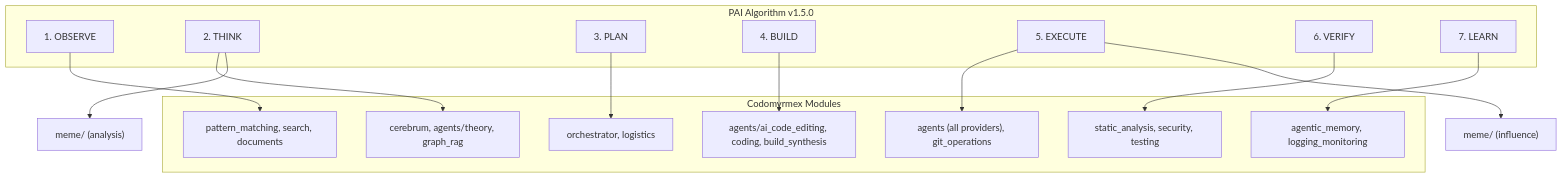
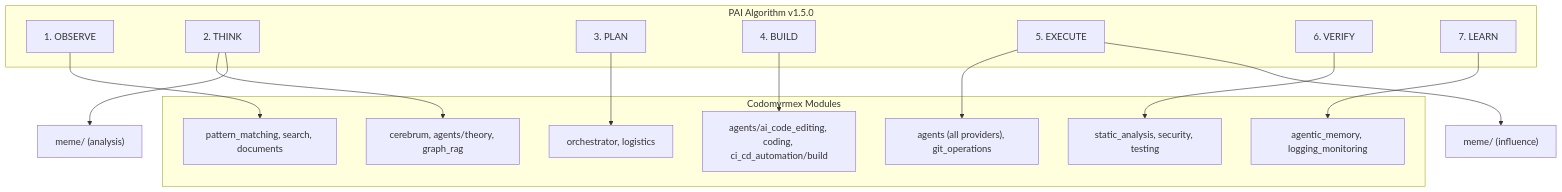
The second of 2 diagrams in src/codomyrmex/PAI.md (docxology/codomyrmex), drawn with Mermaid before and after one commit. The commit also changed other lines of this file and 163 other files, not shown here.

````diff
--- a/src/codomyrmex/PAI.md
+++ b/src/codomyrmex/PAI.md
@@ -125,32 +125,32 @@
 ```mermaid
 graph TB
     subgraph Algorithm ["PAI Algorithm v1.5.0"]
         OBSERVE["1. OBSERVE"]
         THINK["2. THINK"]
         PLAN["3. PLAN"]
         BUILD["4. BUILD"]
         EXECUTE["5. EXECUTE"]
         VERIFY["6. VERIFY"]
         LEARN["7. LEARN"]
     end
 
     subgraph Modules ["Codomyrmex Modules"]
         PM["pattern_matching, search, documents"]
         CB["cerebrum, agents/theory, graph_rag"]
         OR["orchestrator, logistics"]
-        CE["agents/ai_code_editing, coding, build_synthesis"]
+        CE["agents/ai_code_editing, coding, ci_cd_automation/build"]
         AG["agents (all providers), git_operations"]
         SA["static_analysis, security, testing"]
         AM["agentic_memory, logging_monitoring"]
     end
 
     OBSERVE --> PM
     THINK --> CB
     THINK --> ME["meme/ (analysis)"]
     PLAN --> OR
     BUILD --> CE
     EXECUTE --> AG
     EXECUTE --> MI["meme/ (influence)"]
     VERIFY --> SA
     LEARN --> AM
 ```
````
